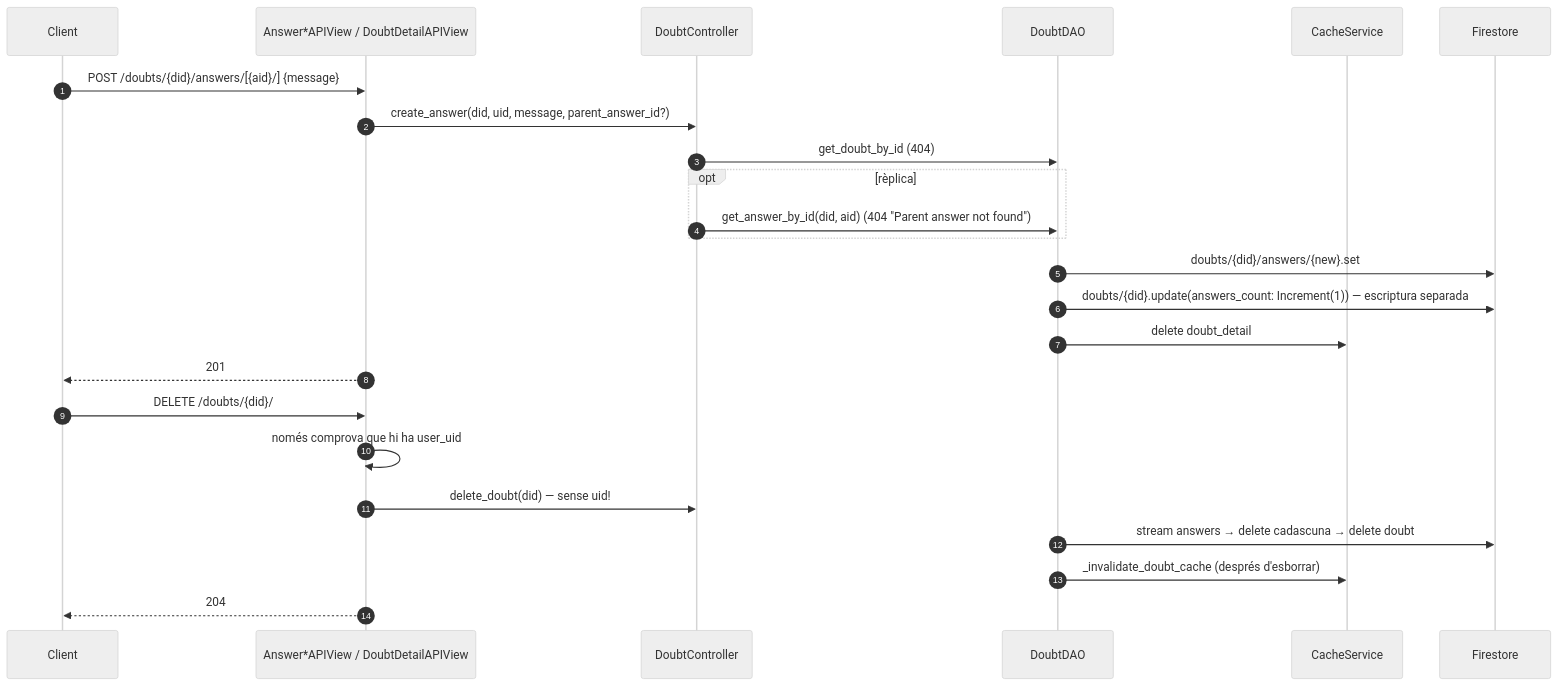
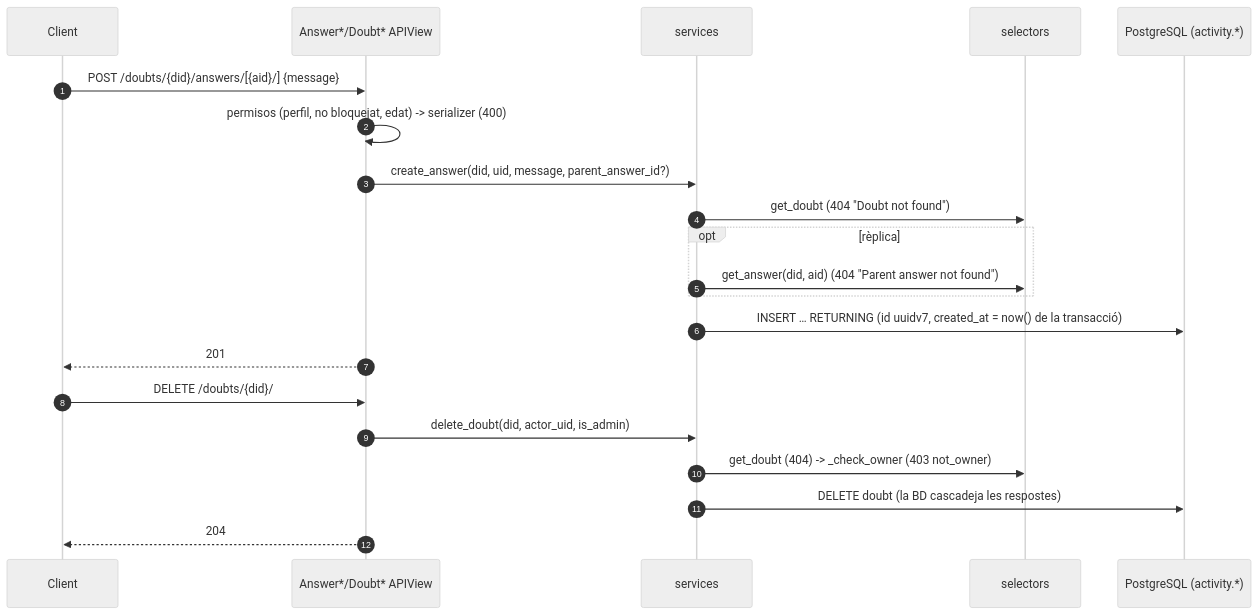
Before and after one commit to jordirev/RefugisLliures_Backend: the diagram in docs/flows/09-doubts-answers.md, drawn with Mermaid (neutral theme). The commit also changed other lines of this file and 10 other files, not shown here.

Commit message:
[Dubtes] docs: dubtes i respostes a PostgreSQL (flux 9, rutes i permisos, cache, cascada d'esborrat, C1, deute D1)

````diff
--- a/docs/flows/09-doubts-answers.md
+++ b/docs/flows/09-doubts-answers.md
@@ -21,28 +35,25 @@
 ```mermaid
 sequenceDiagram
     autonumber
     participant C as Client
-    participant V as Answer*APIView / DoubtDetailAPIView
-    participant DC as DoubtController
-    participant DD as DoubtDAO
-    participant K as CacheService
-    participant F as Firestore
+    participant V as Answer*/Doubt* APIView
+    participant S as services
+    participant L as selectors
+    participant DB as PostgreSQL (activity.*)
 
     C->>V: POST /doubts/{did}/answers/[{aid}/] {message}
-    V->>DC: create_answer(did, uid, message, parent_answer_id?)
-    DC->>DD: get_doubt_by_id (404)
+    V->>V: permisos (perfil, no bloquejat, edat) -> serializer (400)
+    V->>S: create_answer(did, uid, message, parent_answer_id?)
+    S->>L: get_doubt (404 "Doubt not found")
     opt rèplica
-        DC->>DD: get_answer_by_id(did, aid) (404 "Parent answer not found")
+        S->>L: get_answer(did, aid) (404 "Parent answer not found")
     end
-    DD->>F: doubts/{did}/answers/{new}.set
-    DD->>F: doubts/{did}.update(answers_count: Increment(1)) — escriptura separada
-    DD->>K: delete doubt_detail
+    S->>DB: INSERT … RETURNING (id uuidv7, created_at = now() de la transacció)
     V-->>C: 201
 
     C->>V: DELETE /doubts/{did}/
-    V->>V: només comprova que hi ha user_uid
-    V->>DC: delete_doubt(did) — sense uid!
-    DD->>F: stream answers → delete cadascuna → delete doubt
-    DD->>K: _invalidate_doubt_cache (després d'esborrar)
+    V->>S: delete_doubt(did, actor_uid, is_admin)
+    S->>L: get_doubt (404) -> _check_owner (403 not_owner)
+    S->>DB: DELETE doubt (la BD cascadeja les respostes)
     V-->>C: 204
 ```
````
